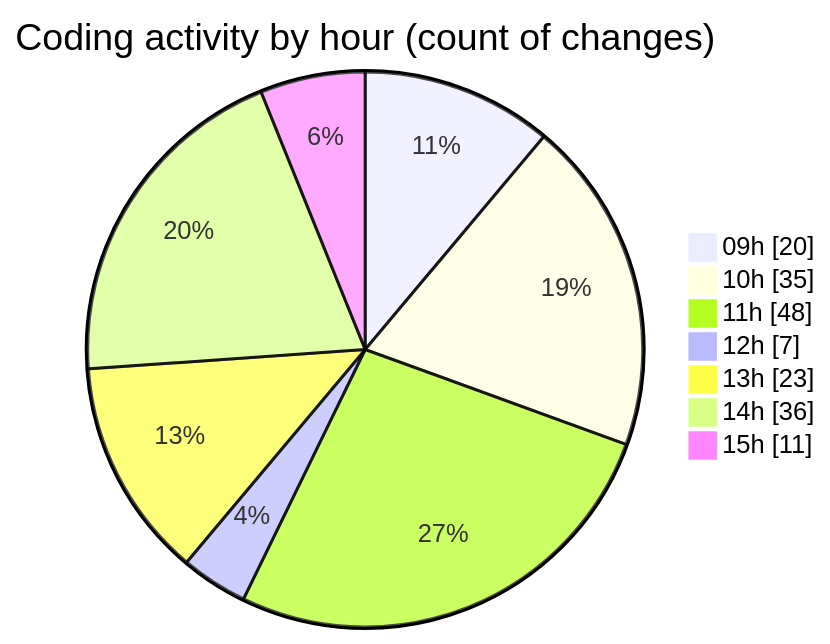
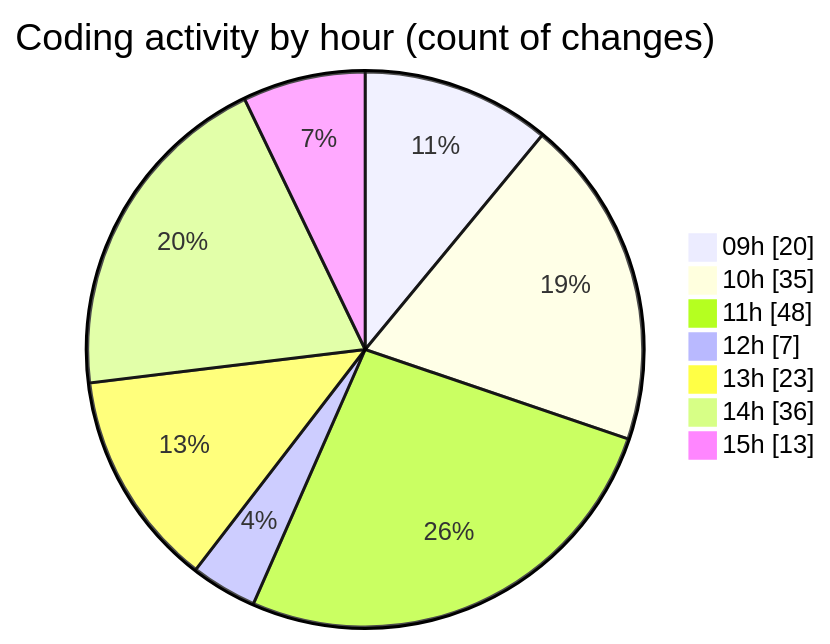
The second of 2 diagrams in 2025-06-10/ecodeli-1/README.md (CELIANVF/code-tracking), drawn with Mermaid before and after one commit. The commit also changed other lines of this file and 1 other file, not shown here.

````diff
--- a/2025-06-10/ecodeli-1/README.md
+++ b/2025-06-10/ecodeli-1/README.md
@@ -95,11 +96,11 @@
 ```mermaid
 pie showData
 title Coding activity by hour (count of changes)
 "09h" : 20
 "10h" : 35
 "11h" : 48
 "12h" : 7
 "13h" : 23
 "14h" : 36
-"15h" : 11
+"15h" : 13
 ```
````
